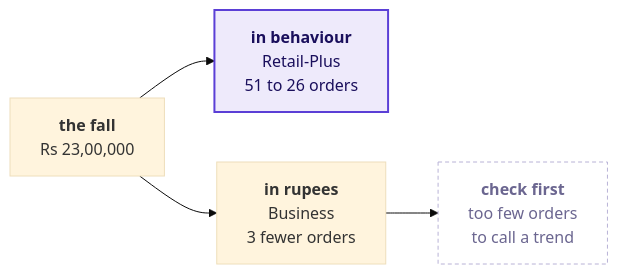
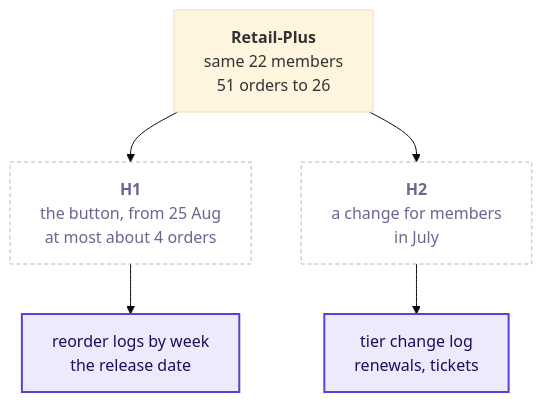
The sixth of 11 diagrams in content/W01/D2/slides/C2_W01_D02_half2_STUDENT.md (fde-academy-lab/c2-content-factory), drawn with Mermaid (base theme) before and after one commit. The commit also changed other lines of this file and 11 other files, not shown here.

````diff
--- a/content/W01/D2/slides/C2_W01_D02_half2_STUDENT.md
+++ b/content/W01/D2/slides/C2_W01_D02_half2_STUDENT.md
@@ -236,10 +214,11 @@
 ```mermaid
-flowchart LR
-    F["<b>the fall</b><br/>Rs 23,00,000"] --> B["<b>in behaviour</b><br/>Retail-Plus<br/>51 to 26 orders"]
-    F --> R["<b>in rupees</b><br/>Business<br/>3 fewer orders"]
-    R --> C["<b>check first</b><br/>too few orders<br/>to call a trend"]
+flowchart TB
+    F["<b>Retail-Plus</b><br/>same 22 members<br/>51 orders to 26"] --> H1["<b>H1</b><br/>the button, from 25 Aug<br/>at most about 4 orders"]
+    F --> H2["<b>H2</b><br/>a change for members<br/>in July"]
+    H1 --> E1["reorder logs by week<br/>the release date"]
+    H2 --> E2["tier change log<br/>renewals, tickets"]
+    classDef unknown fill:#FFFFFF,stroke:#B8B2D6,color:#6B6690,stroke-dasharray:4 3
     classDef known fill:#EEEAFB,stroke:#5B3FD6,color:#1A0F5C,stroke-width:2px
-    classDef unknown fill:#FFFFFF,stroke:#B8B2D6,color:#6B6690,stroke-dasharray:4 3
-    class B known
-    class C unknown
+    class H1,H2 unknown
+    class E1,E2 known
 ```
````
